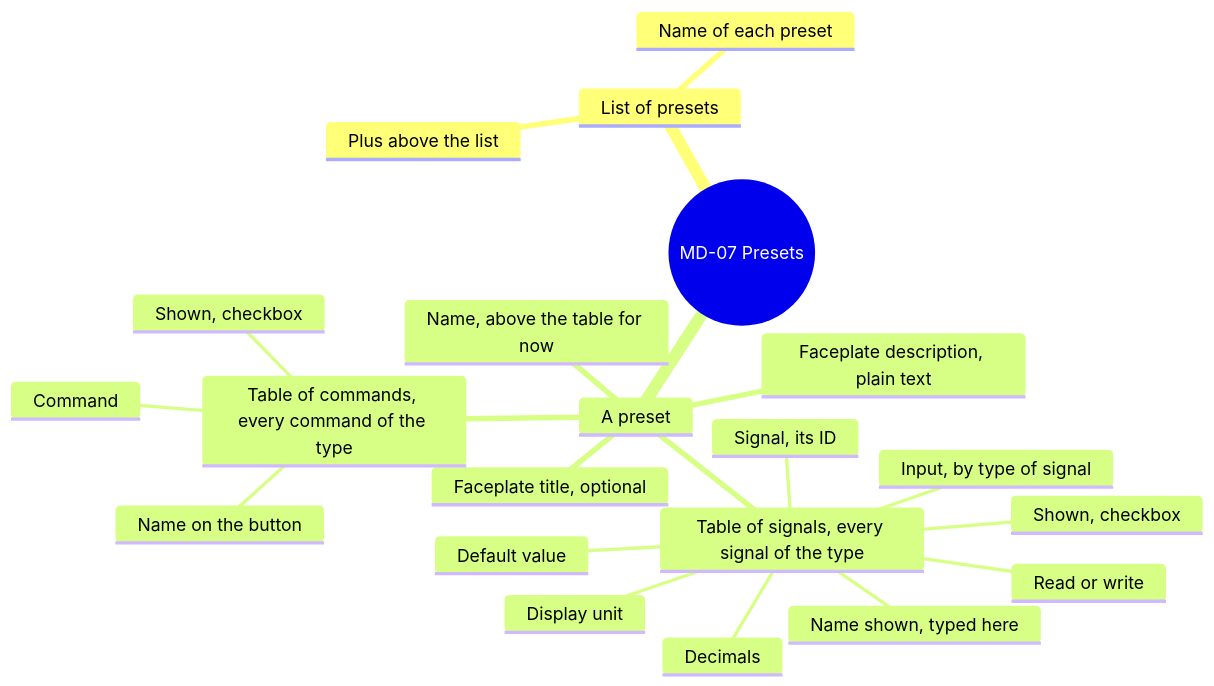
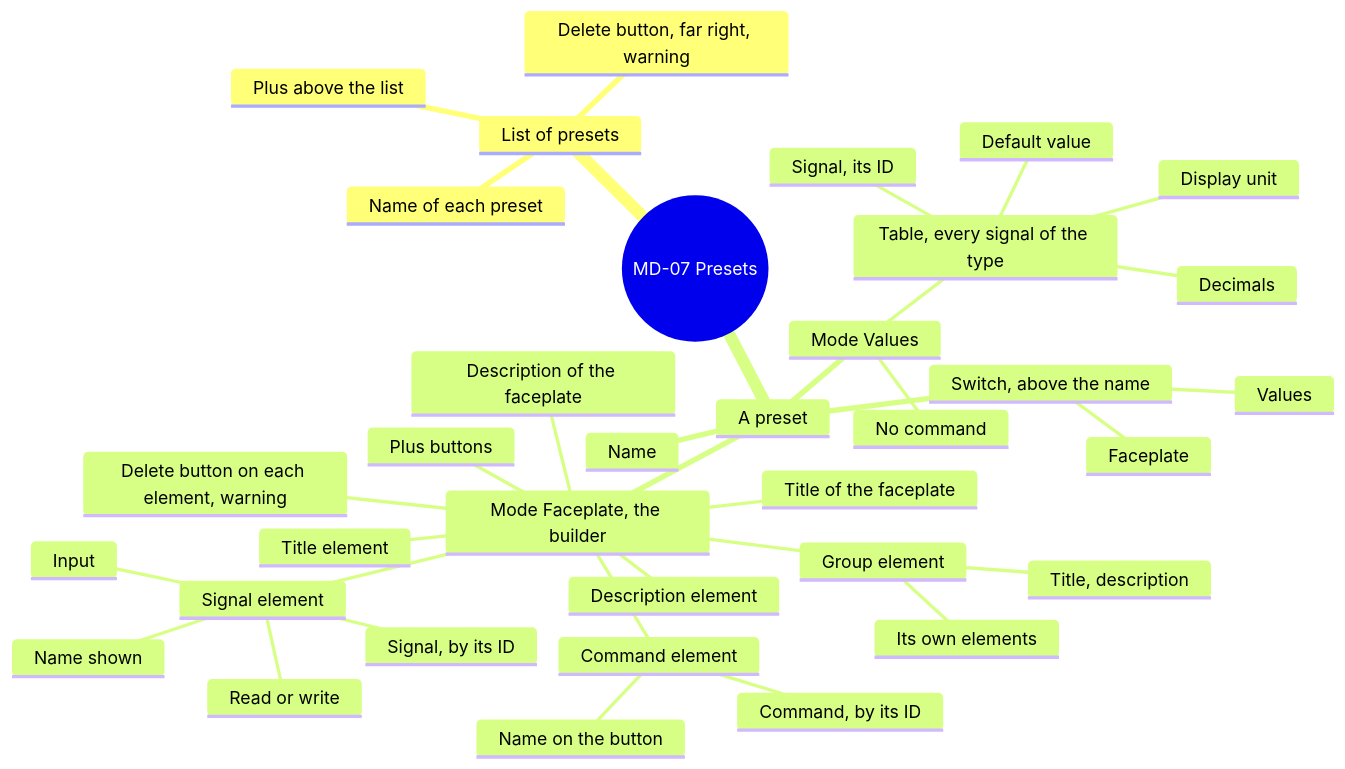
Before and after one commit to AlexandreGallais/synoptic-studio-spec: diagram 12 of 16 in screens/metadata.md, drawn with Mermaid. The commit also changed other lines of this file and 13 other files, not shown here.

````diff
--- a/screens/metadata.md
+++ b/screens/metadata.md
@@ -307,24 +342,38 @@
 ```mermaid
 mindmap
   root((MD-07 Presets))
     List of presets
       Plus above the list
       Name of each preset
+      Delete button, far right, warning
     A preset
-      Name, above the table for now
-      Faceplate title, optional
-      Faceplate description, plain text
-      Table of signals, every signal of the type
-        Shown, checkbox
-        Signal, its ID
-        Name shown, typed here
-        Input, by type of signal
-        Read or write
-        Display unit
-        Decimals
-        Default value
-      Table of commands, every command of the type
-        Shown, checkbox
-        Command
-        Name on the button
+      Switch, above the name
+        Values
+        Faceplate
+      Name
+      Mode Values
+        Table, every signal of the type
+          Signal, its ID
+          Display unit
+          Decimals
+          Default value
+        No command
+      Mode Faceplate, the builder
+        Title of the faceplate
+        Description of the faceplate
+        Plus buttons
+        Signal element
+          Signal, by its ID
+          Name shown
+          Input
+          Read or write
+        Command element
+          Command, by its ID
+          Name on the button
+        Title element
+        Description element
+        Group element
+          Title, description
+          Its own elements
+        Delete button on each element, warning
 ```
````
